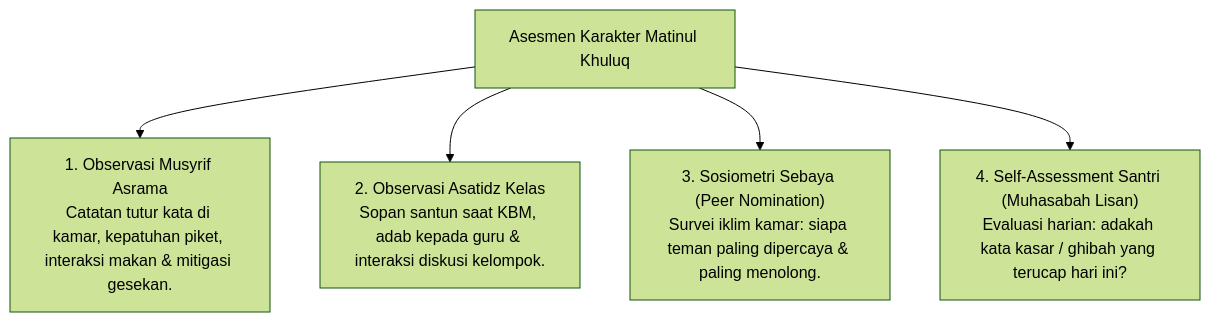
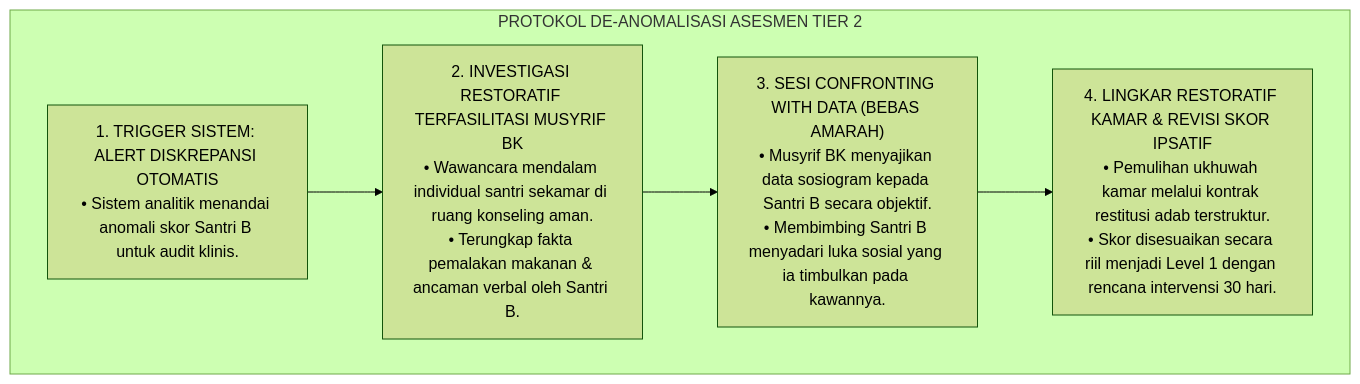
The fifth of 6 diagrams in 03 Capacity Framework/06 Matinul Khuluq/P3-06-09-Pemetaan-Asesmen-dan-Triangulasi.md (wandiapriliyandi/tumbuh), drawn with Mermaid (forest theme) before and after one commit. The commit also changed other lines of this file and 14 other files, not shown here.

Commit message:
docs(03-capacity): complete 15 research monographs for 06 Matinul Khuluq

````diff
--- a/03 Capacity Framework/06 Matinul Khuluq/P3-06-09-Pemetaan-Asesmen-dan-Triangulasi.md
+++ b/03 Capacity Framework/06 Matinul Khuluq/P3-06-09-Pemetaan-Asesmen-dan-Triangulasi.md
@@ -10,9 +143,14 @@
 ```mermaid
-graph TD
-    Akhlak_Assess["Asesmen Karakter Matinul Khuluq"]
-    
-    Akhlak_Assess --> A1["1. Observasi Musyrif Asrama<br/>Catatan tutur kata di kamar, kepatuhan piket, interaksi makan & mitigasi gesekan."]
-    Akhlak_Assess --> A2["2. Observasi Asatidz Kelas<br/>Sopan santun saat KBM, adab kepada guru & interaksi diskusi kelompok."]
-    Akhlak_Assess --> A3["3. Sosiometri Sebaya (Peer Nomination)<br/>Survei iklim kamar: siapa teman paling dipercaya & paling menolong."]
-    Akhlak_Assess --> A4["4. Self-Assessment Santri (Muhasabah Lisan)<br/>Evaluasi harian: adakah kata kasar / ghibah yang terucap hari ini?"]
+flowchart TD
+    subgraph ProtokolResolusiDiskrepansi["PROTOKOL DE-ANOMALISASI ASESMEN TIER 2"]
+        LangkahA["1. TRIGGER SISTEM: ALERT DISKREPANSI OTOMATIS<br/>• Sistem analitik menandai anomali skor Santri B untuk audit klinis."]
+        
+        LangkahB["2. INVESTIGASI RESTORATIF TERFASILITASI MUSYRIF BK<br/>• Wawancara mendalam individual santri sekamar di ruang konseling aman.<br/>• Terungkap fakta pemalakan makanan & ancaman verbal oleh Santri B."]
+        
+        LangkahC["3. SESI CONFRONTING WITH DATA (BEBAS AMARAH)<br/>• Musyrif BK menyajikan data sosiogram kepada Santri B secara objektif.<br/>• Membimbing Santri B menyadari luka sosial yang ia timbulkan pada kawannya."]
+        
+        LangkahD["4. LINGKAR RESTORATIF KAMAR & REVISI SKOR IPSATIF<br/>• Pemulihan ukhuwah kamar melalui kontrak restitusi adab terstruktur.<br/>• Skor disesuaikan secara riil menjadi Level 1 dengan rencana intervensi 30 hari."]
+        
+        LangkahA --> LangkahB --> LangkahC --> LangkahD
+    end
 ```
````
